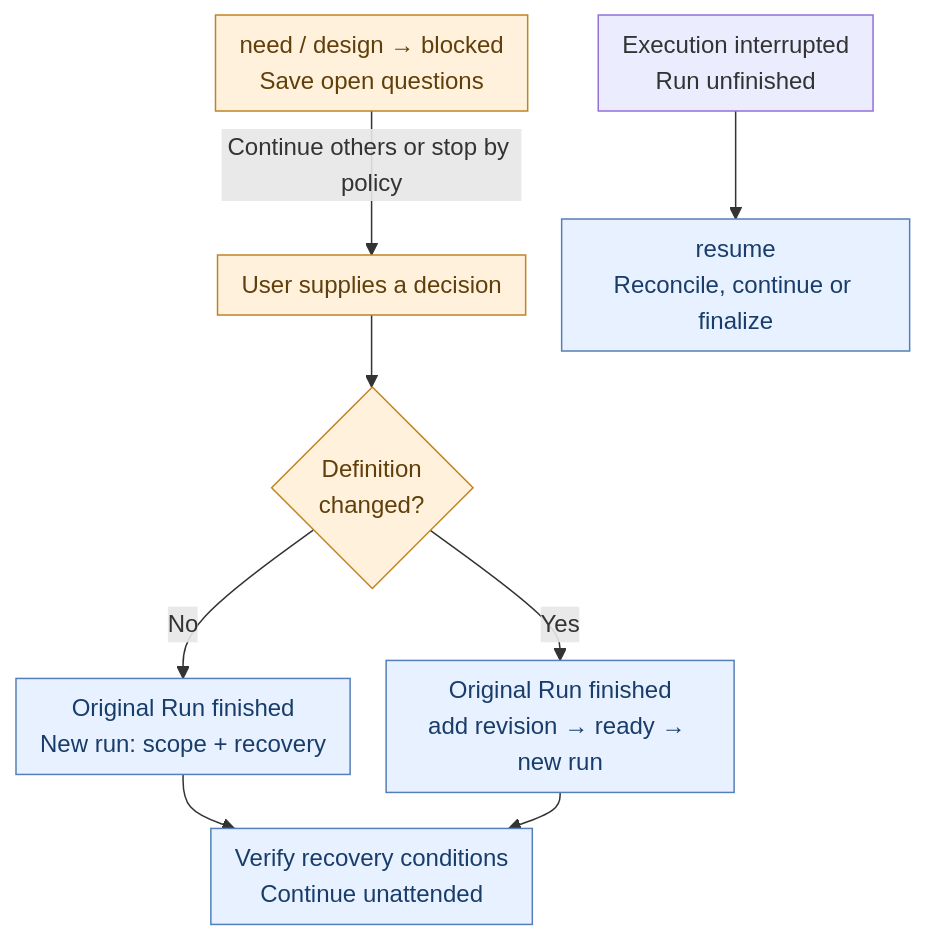
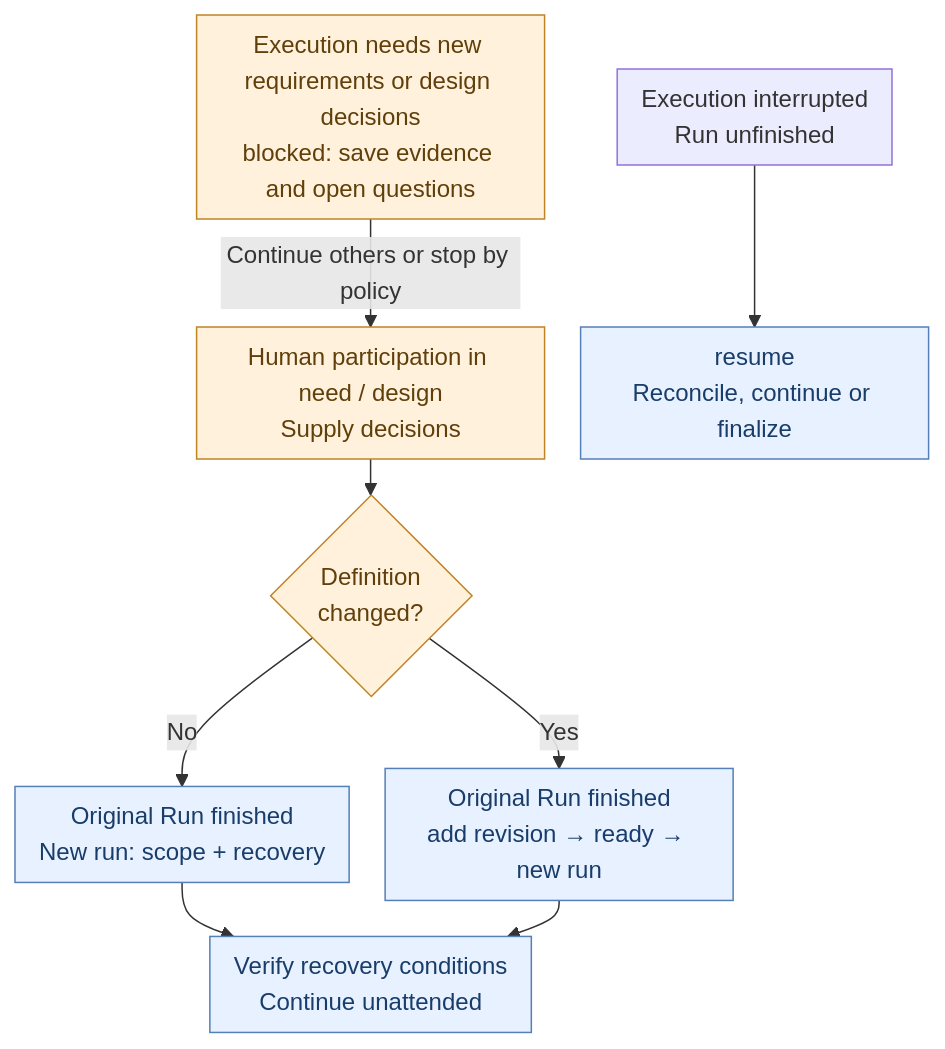
One commit to yuzio-ai/skills changed the third of 4 diagrams in README.md. Above: the diagram before and after it, drawn with Mermaid. The commit also changed other lines of this file and 46 other files, not shown here.

````diff
--- a/README.md
+++ b/README.md
@@ -344,22 +276,22 @@
 ```mermaid
 ---
 config:
   flowchart:
     rankSpacing: 24
     nodeSpacing: 24
     padding: 8
 ---
 flowchart TB
-    B["need / design → blocked<br/>Save open questions"] -->|"Continue others or stop by policy"| H["User supplies a decision"]
+    B["Execution needs new requirements or design decisions<br/>blocked: save evidence and open questions"] -->|"Continue others or stop by policy"| H["Human participation in need / design<br/>Supply decisions"]
     H --> D{"Definition<br/>changed?"}
     D -->|"No"| R["Original Run finished<br/>New run: scope + recovery"]
     D -->|"Yes"| A["Original Run finished<br/>add revision → ready → new run"]
     R --> E["Verify recovery conditions<br/>Continue unattended"]
     A --> E
     I["Execution interrupted<br/>Run unfinished"] --> S["resume<br/>Reconcile, continue or finalize"]
     class B,H,D human
     class R,A,E,S automatic
     classDef human fill:#fff1db,stroke:#bf8424,color:#603f0b
     classDef automatic fill:#e8f1ff,stroke:#547fb8,color:#193d6a
     classDef result fill:#e8f5ed,stroke:#57916c,color:#224c31
 ```
````
